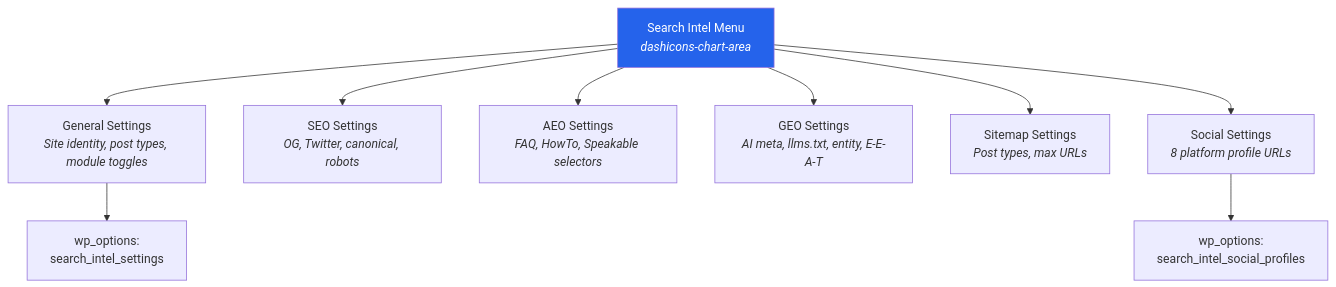
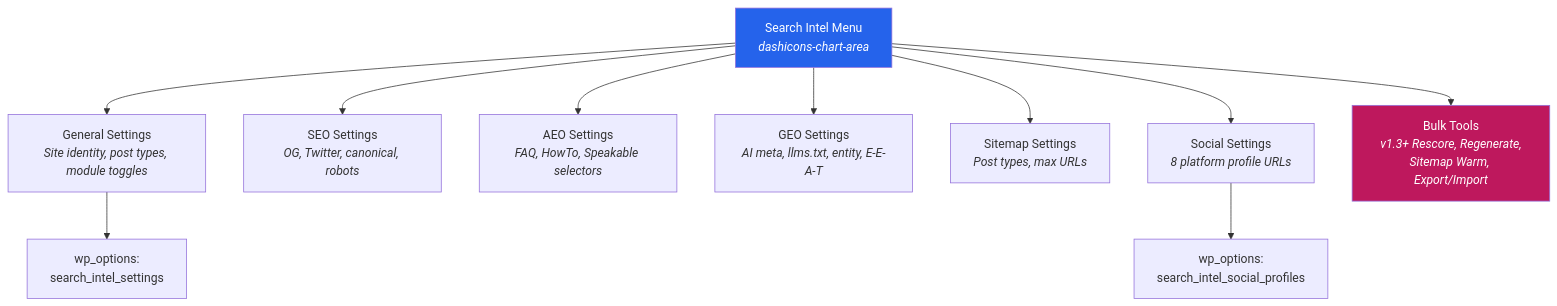
The eighth of 14 diagrams in README.md (CptNope/JAT-Search-Intel), drawn with Mermaid before and after one commit. The commit also changed other lines of this file and 2 other files, not shown here.

First line of the commit message:
docs+tests: update Mermaid diagrams for v1.4, add BlocksTest (31 tests)

````diff
--- a/README.md
+++ b/README.md
@@ -403,16 +473,18 @@
 ```mermaid
 graph TD
     MENU["Search Intel Menu<br/><i>dashicons-chart-area</i>"]
 
     MENU --> GEN["General Settings<br/><i>Site identity, post types, module toggles</i>"]
     MENU --> SEO_S["SEO Settings<br/><i>OG, Twitter, canonical, robots</i>"]
     MENU --> AEO_S["AEO Settings<br/><i>FAQ, HowTo, Speakable selectors</i>"]
     MENU --> GEO_S["GEO Settings<br/><i>AI meta, llms.txt, entity, E-E-A-T</i>"]
     MENU --> SIT_S["Sitemap Settings<br/><i>Post types, max URLs</i>"]
     MENU --> SOC_S["Social Settings<br/><i>8 platform profile URLs</i>"]
+    MENU --> BULK_S["Bulk Tools<br/><i>v1.3+ Rescore, Regenerate,<br/>Sitemap Warm, Export/Import</i>"]
 
     GEN --> OPT_MAIN["wp_options:<br/>search_intel_settings"]
     SOC_S --> OPT_SOC["wp_options:<br/>search_intel_social_profiles"]
 
     style MENU fill:#2563eb,color:#fff
+    style BULK_S fill:#be185d,color:#fff
 ```
````
